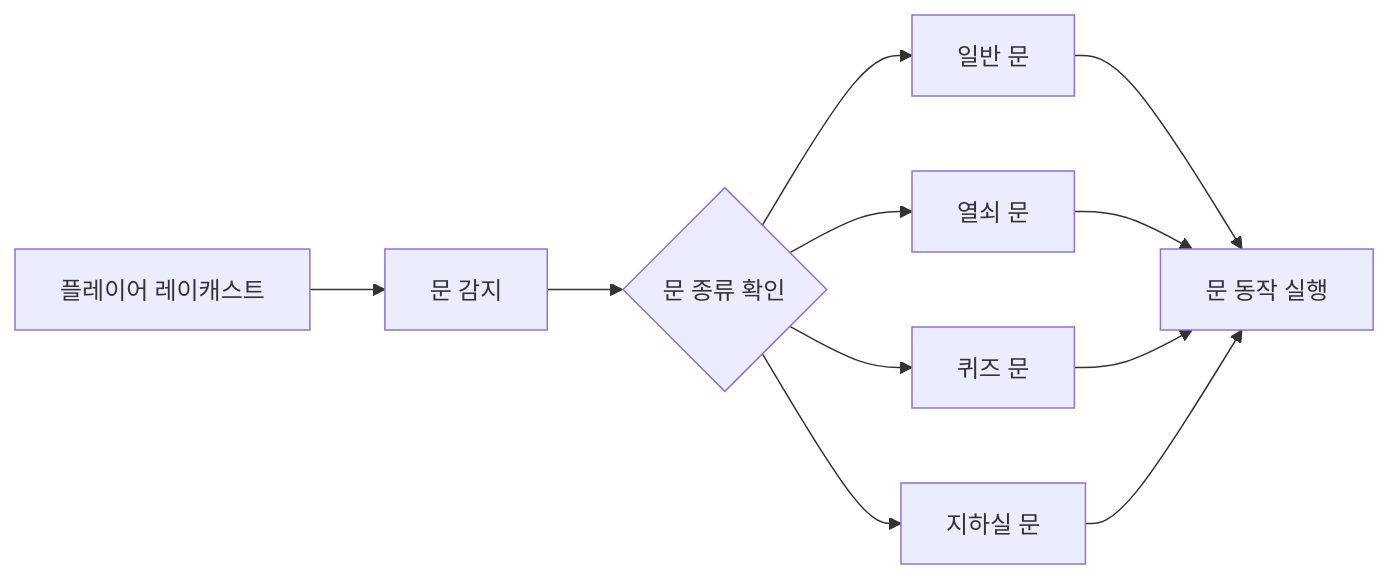
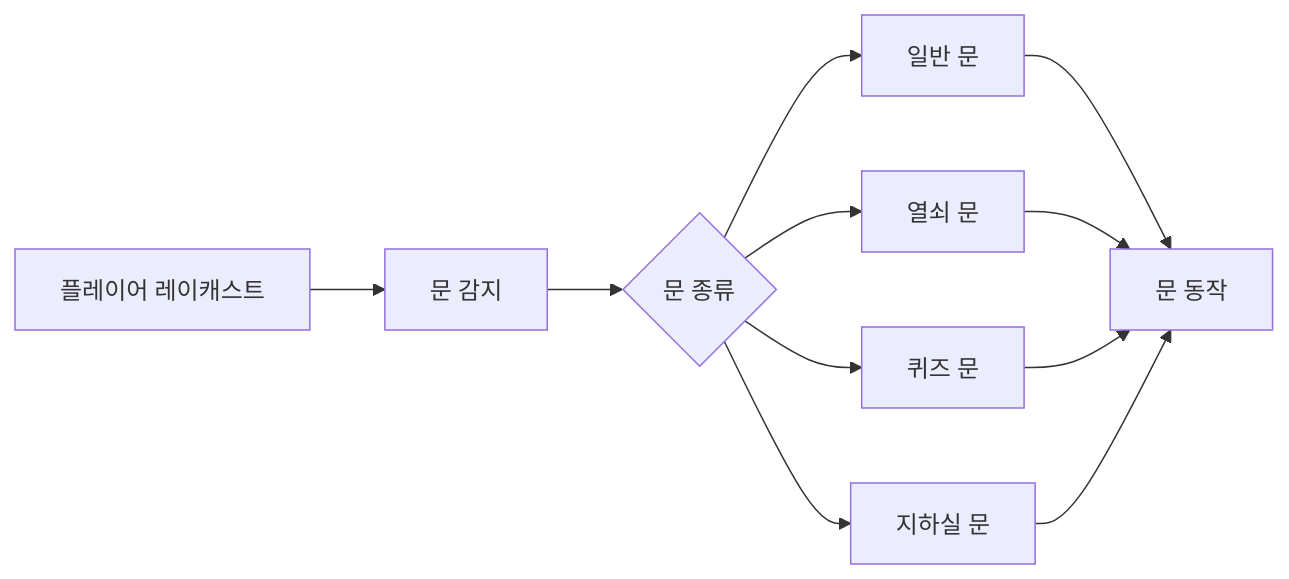
Before and after one commit to chaaaron000/game-project-code-archive: the third of 4 diagrams in Poltergeist/README.md, drawn with Mermaid. The commit also changed other lines of this file, not shown here.

````diff
--- a/Poltergeist/README.md
+++ b/Poltergeist/README.md
@@ -70,13 +45,13 @@
 ```mermaid
 flowchart LR
     A[플레이어 레이캐스트] --> B[문 감지]
-    B --> C{문 종류 확인}
+    B --> C{문 종류}
     C --> D[일반 문]
     C --> E[열쇠 문]
     C --> F[퀴즈 문]
     C --> G[지하실 문]
-    D --> H[문 동작 실행]
+    D --> H[문 동작]
     E --> H
     F --> H
     G --> H
 ```
````
